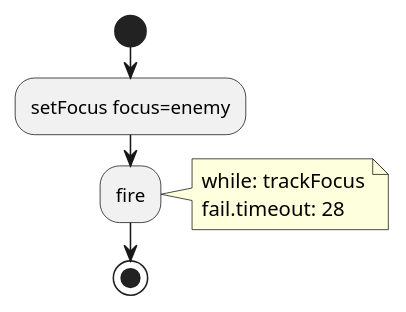
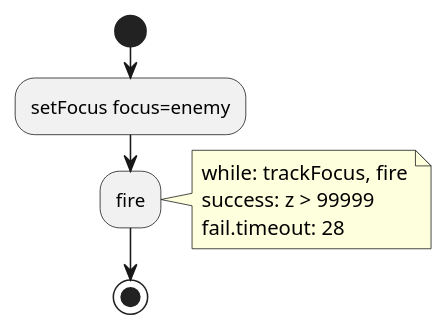
Before and after one commit to JacksIndulgentMind/Calling: the diagram in Config/BotBooks/track_fire.puml, drawn with PlantUML. The commit also changed 27 other files, not shown here.

```diff
--- a/Config/BotBooks/track_fire.puml
+++ b/Config/BotBooks/track_fire.puml
@@ -1,10 +1,11 @@
 @startuml track_fire
 start
 :setFocus focus=enemy;
 :fire;
 note right
-  while: trackFocus
+  while: trackFocus, fire
+  success: z > 99999
   fail.timeout: 28
 end note
 stop
 @enduml
```
